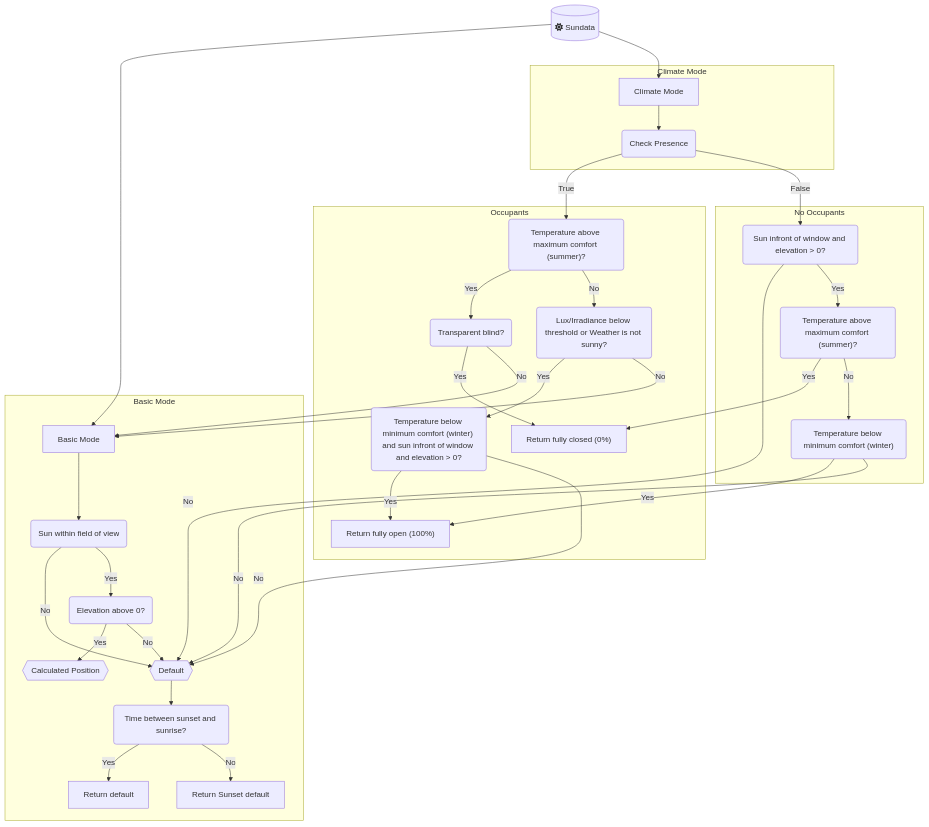
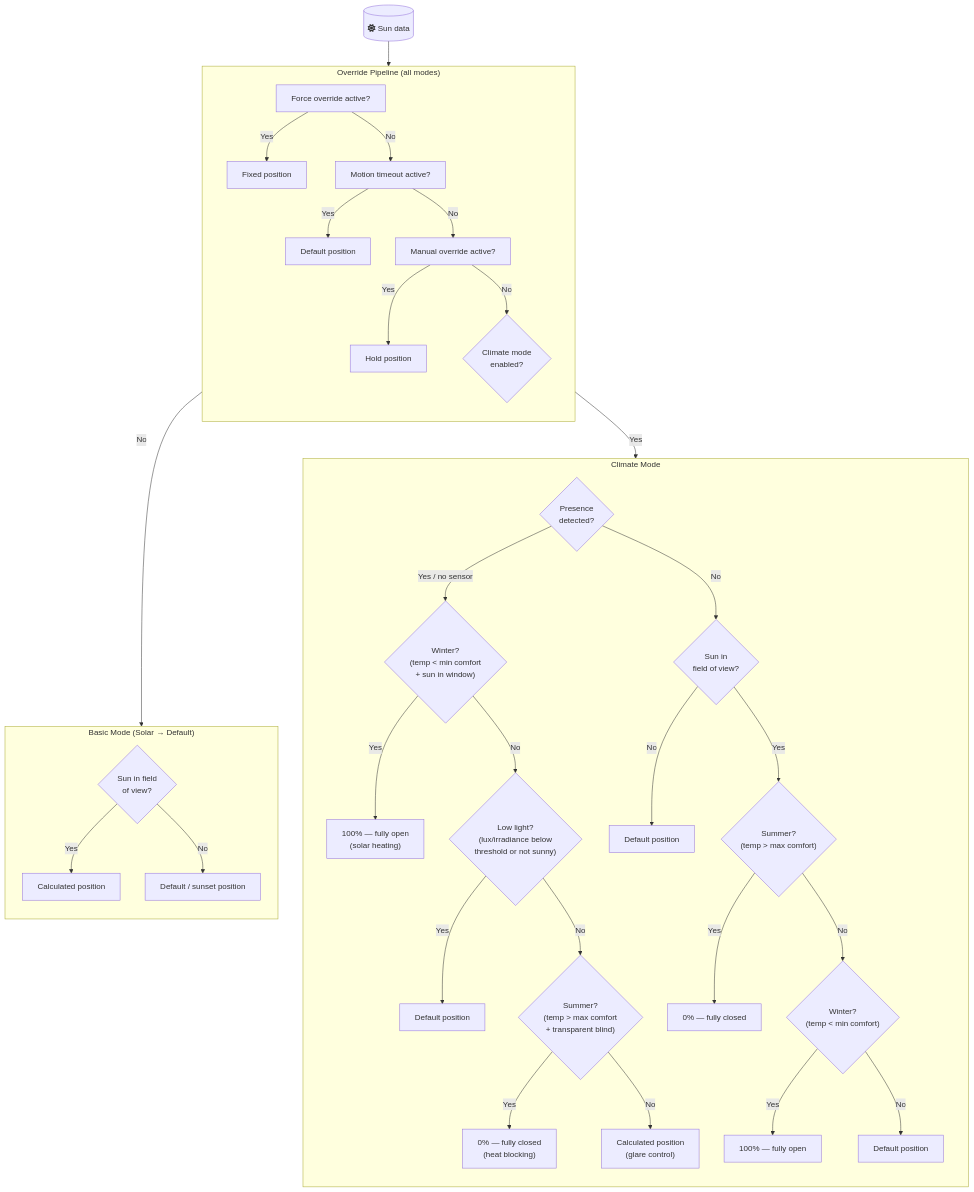
Before and after one commit to jrhubott/adaptive-cover-pro: the diagram in README.md, drawn with Mermaid. The commit also changed other lines of this file, not shown here.

Commit message:
Updated release notes

````diff
--- a/README.md
+++ b/README.md
@@ -236,50 +262,45 @@
 ```mermaid
-  graph TD
+graph TD
+  A[("fa:fa-sun Sun data")] --> PIPE
 
-  A[("fa:fa-sun Sundata")]
-  A --> B["Basic Mode"]
-  A --> C["Climate Mode"]
-
-  subgraph "Basic Mode"
-      B --> BA("Sun within field of view")
-
-      BA --> |No| BC{{Default}}
-      BC --> BE("Time between sunset and sunrise?")
-      BE --> |Yes| BF["Return default"]
-      BE --> |No| BG["Return Sunset default"]
-
-      BA --> |Yes| BD("Elevation above 0?")
-      BD --> |Yes| BH{{"Calculated Position"}}
-      BD --> |No| BC
+  subgraph PIPE ["Override Pipeline (all modes)"]
+    direction TB
+    P1["Force override active?"] -->|Yes| R_FORCE["Fixed position"]
+    P1 -->|No| P2["Motion timeout active?"]
+    P2 -->|Yes| R_MOTION["Default position"]
+    P2 -->|No| P3["Manual override active?"]
+    P3 -->|Yes| R_MANUAL["Hold position"]
+    P3 -->|No| MODE{"Climate mode\nenabled?"}
   end
 
-  subgraph "Climate Mode"
-      C --> CA("Check Presence")
+  MODE -->|No| BASIC
+  MODE -->|Yes| CLIMATE
+
+  subgraph BASIC ["Basic Mode (Solar → Default)"]
+    direction TB
+    B1{"Sun in field\nof view?"}
+    B1 -->|Yes| B2["Calculated position"]
+    B1 -->|No| B3["Default / sunset position"]
   end
 
-  subgraph "Occupants"
-      CA --> |True| CB("Temperature above maximum comfort (summer)?")
+  subgraph CLIMATE ["Climate Mode"]
+    direction TB
+    CA{"Presence\ndetected?"}
 
-      CB --> |Yes| CD("Transparent blind?")
-      CB --> |No| CE("Lux/Irradiance below threshold or Weather is not sunny?")
+    CA -->|Yes / no sensor| CP1{"Winter?\n(temp < min comfort\n+ sun in window)"}
+    CP1 -->|Yes| CP_W["100% — fully open\n(solar heating)"]
+    CP1 -->|No| CP2{"Low light?\n(lux/irradiance below\nthreshold or not sunny)"}
+    CP2 -->|Yes| CP_L["Default position"]
+    CP2 -->|No| CP3{"Summer?\n(temp > max comfort\n+ transparent blind)"}
+    CP3 -->|Yes| CP_S["0% — fully closed\n(heat blocking)"]
+    CP3 -->|No| CP_G["Calculated position\n(glare control)"]
 
-      CD --> |Yes| CF["Return fully closed (0%)"]
-      CD --> |No| B
-
-      CE --> |Yes| CG("Temperature below minimum comfort (winter) and sun infront of window and elevation > 0?")
-      CE --> |No| B
-
-      CG --> |Yes| CH["Return fully open (100%)"]
-      CG --> |No| BC
-  end
-
-  subgraph "No Occupants"
-      CA --> |False| CC("Sun infront of window and elevation > 0?")
-      CC --> |No| BC
-      CC --> |Yes| CI("Temperature above maximum comfort (summer)?")
-      CI --> |Yes| CF
-      CI --> |No| CJ("Temperature below minimum comfort (winter)")
-      CJ --> |Yes| CH
-      CJ --> |No| BC
+    CA -->|No| CN1{"Sun in\nfield of view?"}
+    CN1 -->|No| CN_D["Default position"]
+    CN1 -->|Yes| CN2{"Summer?\n(temp > max comfort)"}
+    CN2 -->|Yes| CN_S["0% — fully closed"]
+    CN2 -->|No| CN3{"Winter?\n(temp < min comfort)"}
+    CN3 -->|Yes| CN_W["100% — fully open"]
+    CN3 -->|No| CN_D2["Default position"]
   end
 ```
````
